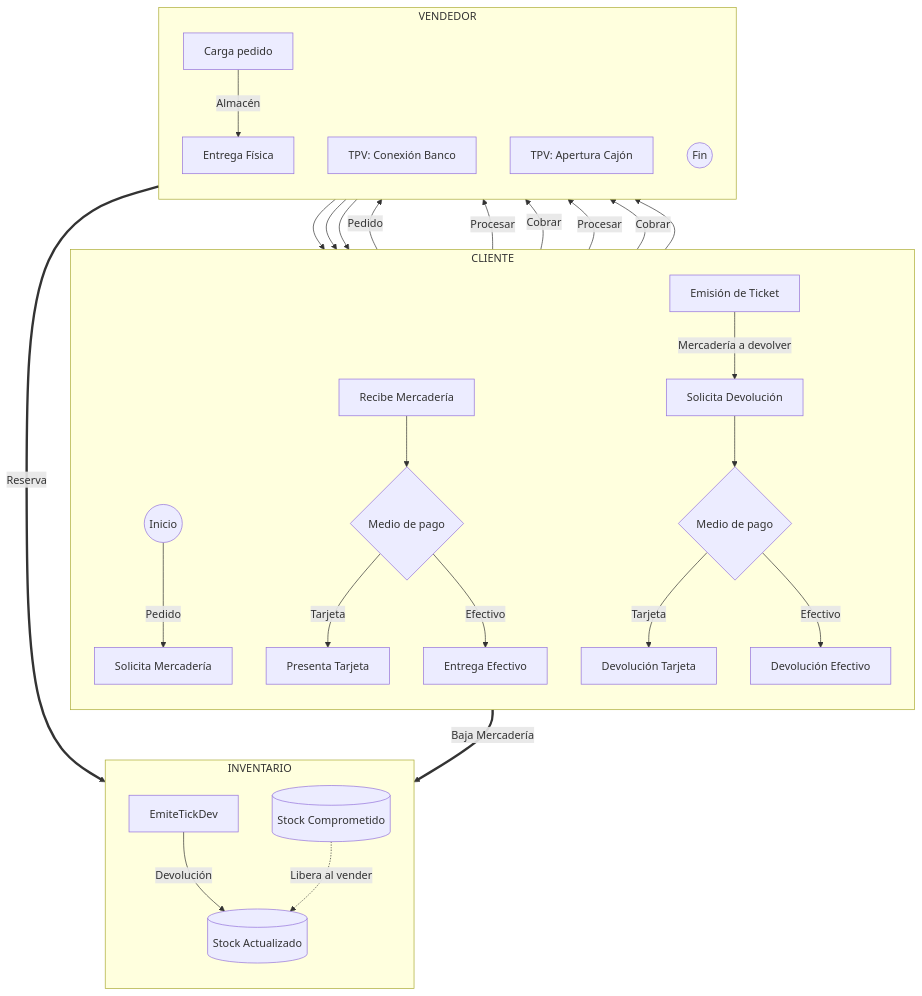
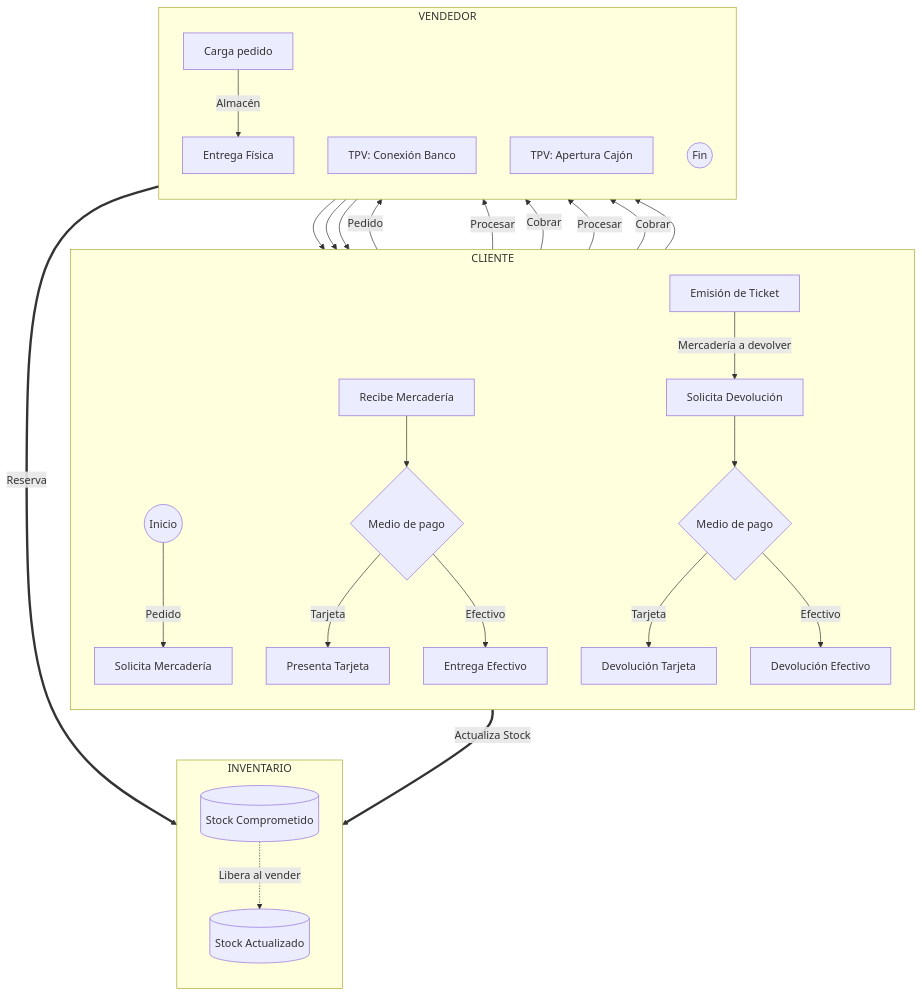
One commit to alejandromiconi/Mermaid changed the diagram in eme.tiendas_fisicas.mmd. Above: the diagram before and after it, drawn with Mermaid.

```diff
--- a/eme.tiendas_fisicas.mmd
+++ b/eme.tiendas_fisicas.mmd
@@ -1,44 +1,42 @@
 graph TD
     subgraph Cliente ["CLIENTE"]
         direction TB
         Start((Inicio)) -->|Pedido| SolicitaPedido[Solicita Mercadería]
         RecibeProd[Recibe Mercadería]
         RecibeProd --> DecidePago{Medio de pago}
         DecidePago -->|Tarjeta| PagaTarjeta[Presenta Tarjeta]
         DecidePago -->|Efectivo| PagaEfectivo[Entrega Efectivo]
 
 
         EmiteTick((Devolución)) -->|Mercadería a devolver| SolicitaDevolucion[Solicita Devolución]
         SolicitaDevolucion --> DecideDevolucion{Medio de pago}
         DecideDevolucion -->|Tarjeta| DevolTarjeta[Devolución Tarjeta]
         DecideDevolucion -->|Efectivo| DevolEfectivo[Devolución Efectivo]
     end
 
     subgraph Vendedor ["VENDEDOR"]
         direction TB
         SolicitaPedido -->|Pedido| CargaApp[Carga pedido]
         CargaApp -->|Almacén| EntregaFisica[Entrega Física]
         EntregaFisica --> RecibeProd
 
         %% Lógica de Cobro según medio
         PagaTarjeta -->|Procesar| TPV_Bank[TPV: Conexión Banco]
         PagaEfectivo -->|Cobrar| TPV_Caja[TPV: Apertura Cajón]
         
         DevolTarjeta -->|Procesar| TPV_Bank
         DevolEfectivo -->|Cobrar| TPV_Caja
 
         TPV_Bank --> EmiteTick[Emisión de Ticket]
         TPV_Caja --> EmiteTick
         EmiteTick --> End((Fin))
     end
 
     subgraph Sistemas ["INVENTARIO"]
         direction TB
         CargaApp ==>|Reserva| InvReserva[(Stock Comprometido)]
-        EmiteTick ==>|Baja Mercadería| InvFinal[(Stock Actualizado)]
-
-        EmiteTickDev -->|Devolución| InvFinal
+        EmiteTick ==>|Actualiza Stock| InvFinal[(Stock Actualizado)]
 
         %% Conexión de estados
         InvReserva -.->|Libera al vender| InvFinal
     end
```
